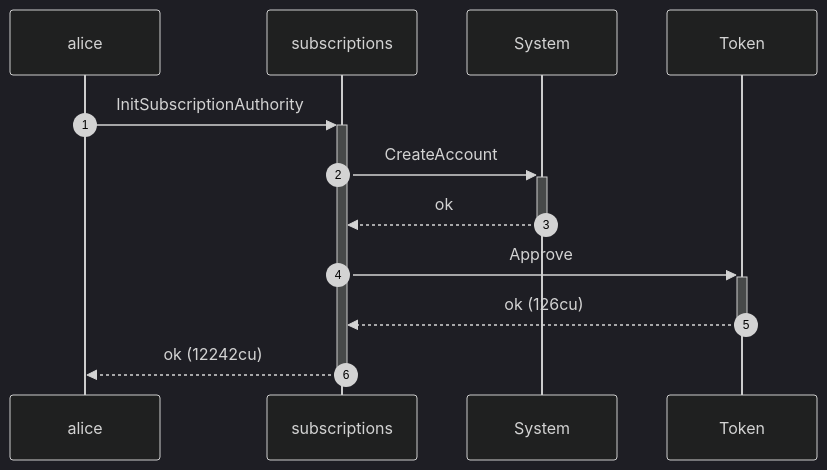
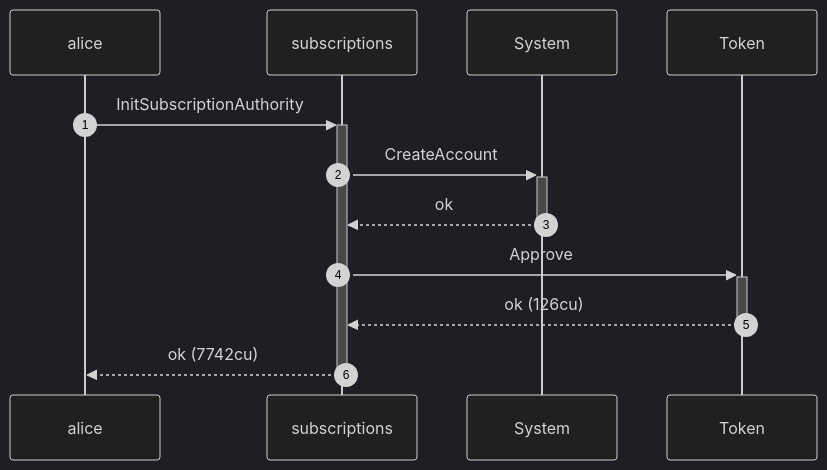
Before and after one commit to cds-rs/subscriptions: the second of 4 diagrams in dsl_tests/create-fixed-delegation--writable-accounts-must-be-writable.md, drawn with Mermaid (dark theme). The commit also changed other lines of this file and 224 other files, not shown here.

````diff
--- a/dsl_tests/create-fixed-delegation--writable-accounts-must-be-writable.md
+++ b/dsl_tests/create-fixed-delegation--writable-accounts-must-be-writable.md
@@ -36,14 +37,14 @@
 ```mermaid
 sequenceDiagram
     autonumber
     participant alice
     participant subscriptions
     participant System
     participant Token
     alice ->>+ subscriptions: InitSubscriptionAuthority
     subscriptions ->>+ System: CreateAccount
     System -->>- subscriptions: ok
     subscriptions ->>+ Token: Approve
     Token -->>- subscriptions: ok (126cu)
-    subscriptions -->>- alice: ok (12242cu)
+    subscriptions -->>- alice: ok (7742cu)
 ```
````
